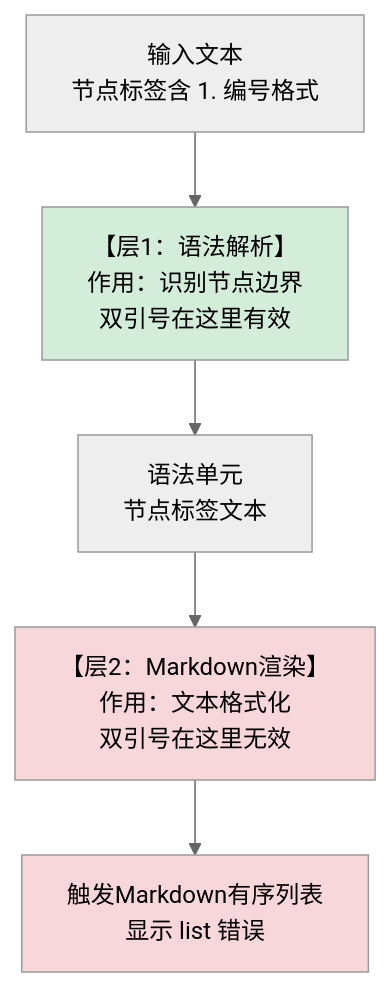
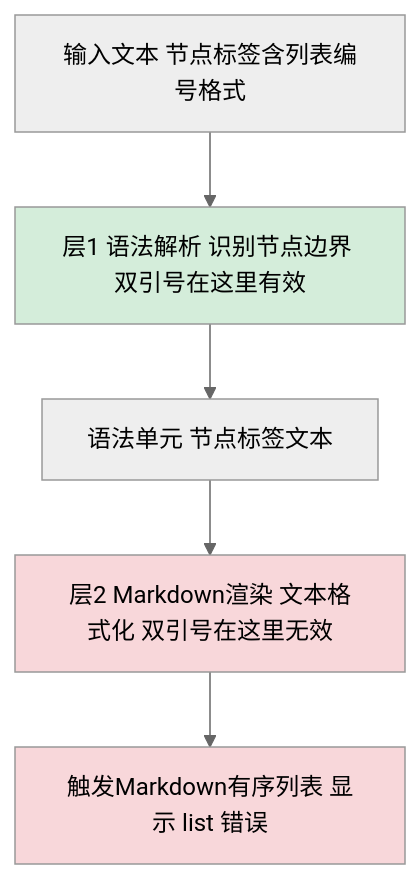
The diagram in docs/retrospective/patterns/methodology-patterns/tools-automation/quoting-scope-limits.md (xinetzone/SpecWeave), drawn with Mermaid (neutral theme) before and after one commit. The commit also changed 41 other files, not shown here.

First line of the commit message:
feat(mermaid): CI历史债务ratchet基线门禁与节点文本单行化策略

````diff
--- a/docs/retrospective/patterns/methodology-patterns/tools-automation/quoting-scope-limits.md
+++ b/docs/retrospective/patterns/methodology-patterns/tools-automation/quoting-scope-limits.md
@@ -57,10 +57,10 @@
 ```mermaid
 flowchart TD
-    IN["输入文本<br/>节点标签含 1. 编号格式"] --> L1["【层1：语法解析】<br/>作用：识别节点边界<br/>双引号在这里有效"]
-    L1 --> UNIT["语法单元<br/>节点标签文本"]
-    UNIT --> L2["【层2：Markdown渲染】<br/>作用：文本格式化<br/>双引号在这里无效"]
-    L2 --> ERR["触发Markdown有序列表<br/>显示 list 错误"]
+    IN["输入文本 节点标签含列表编号格式"] --> L1["层1 语法解析 识别节点边界 双引号在这里有效"]
+    L1 --> UNIT["语法单元 节点标签文本"]
+    UNIT --> L2["层2 Markdown渲染 文本格式化 双引号在这里无效"]
+    L2 --> ERR["触发Markdown有序列表 显示 list 错误"]
     style L1 fill:#d4edda
     style L2 fill:#f8d7da
     style ERR fill:#f8d7da
 ```
````
